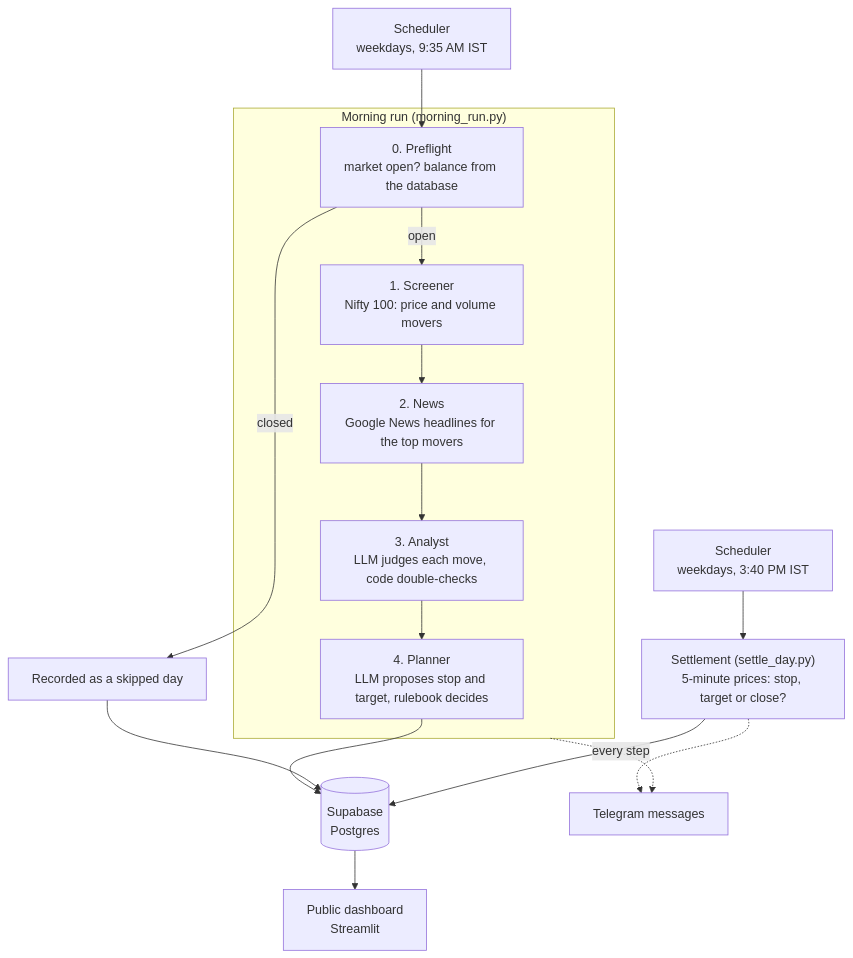
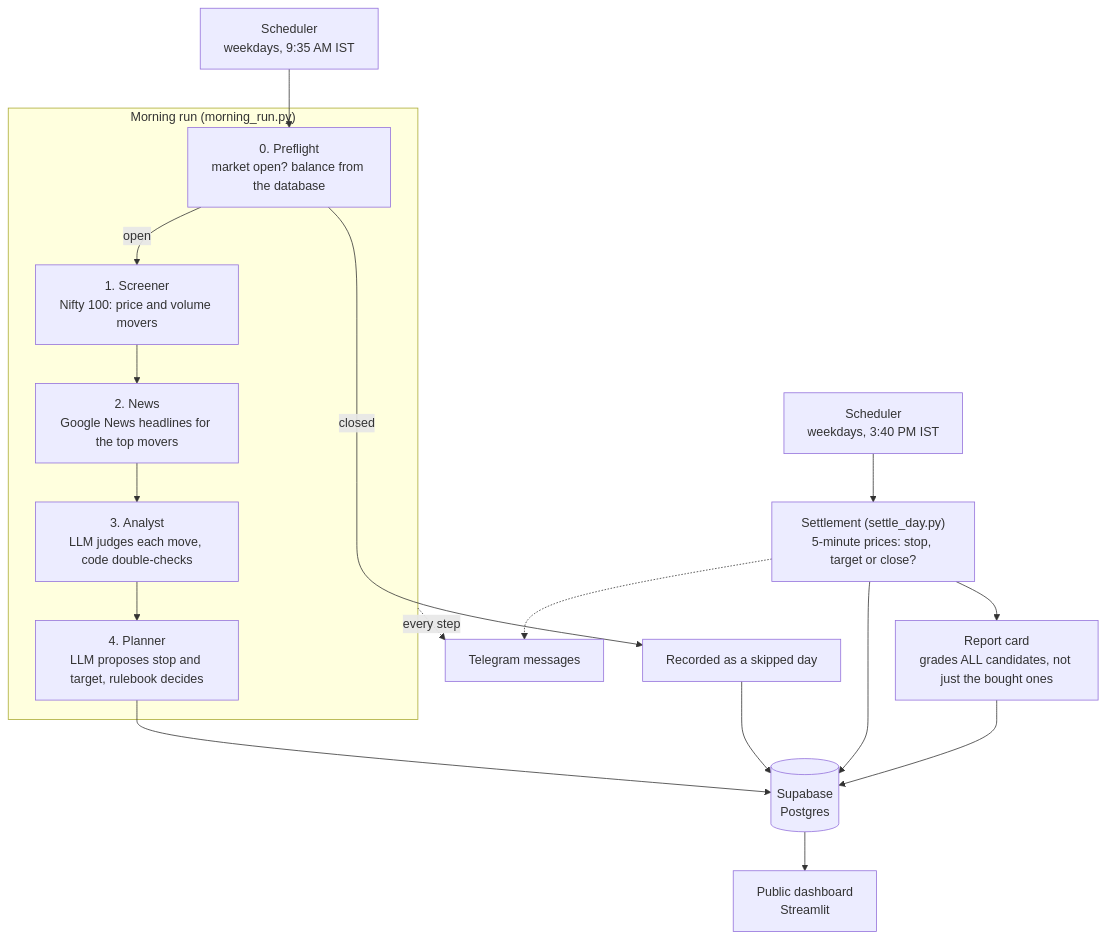
One commit to beepd/langraph_day_trader changed the diagram in README.md. Above: the diagram before and after it, drawn with Mermaid. The commit also changed other lines of this file and 4 other files, not shown here.

````diff
--- a/README.md
+++ b/README.md
@@ -18,18 +48,20 @@
 ```mermaid
 flowchart TD
     S["Scheduler<br/>weekdays, 9:35 AM IST"] --> P0
     subgraph MORNING["Morning run (morning_run.py)"]
         P0["0. Preflight<br/>market open? balance from the database"] -->|open| P1["1. Screener<br/>Nifty 100: price and volume movers"]
         P1 --> P2["2. News<br/>Google News headlines for the top movers"]
         P2 --> P3["3. Analyst<br/>LLM judges each move, code double-checks"]
         P3 --> P4["4. Planner<br/>LLM proposes stop and target, rulebook decides"]
     end
     P0 -->|closed| SKIP["Recorded as a skipped day"]
     P4 --> DB[("Supabase<br/>Postgres")]
     SKIP --> DB
     S2["Scheduler<br/>weekdays, 3:40 PM IST"] --> SET["Settlement (settle_day.py)<br/>5-minute prices: stop, target or close?"]
+    SET --> RC["Report card<br/>grades ALL candidates, not just the bought ones"]
     SET --> DB
+    RC --> DB
     DB --> DASH["Public dashboard<br/>Streamlit"]
     MORNING -. every step .-> TG["Telegram messages"]
     SET -.-> TG
 ```
````
